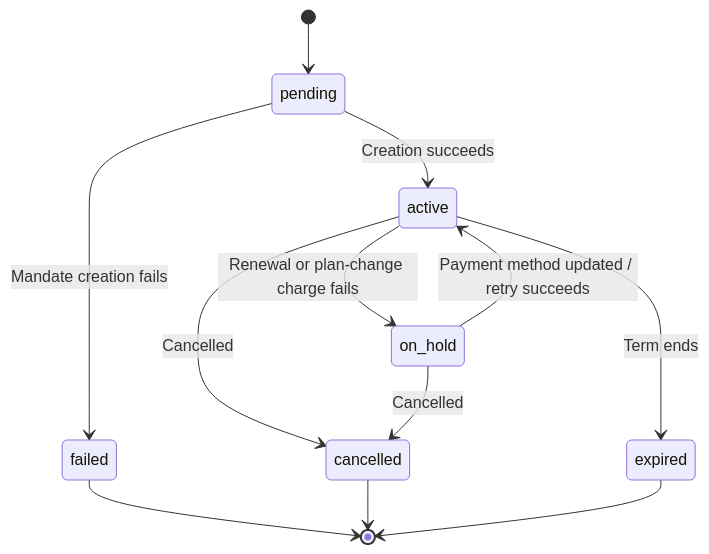
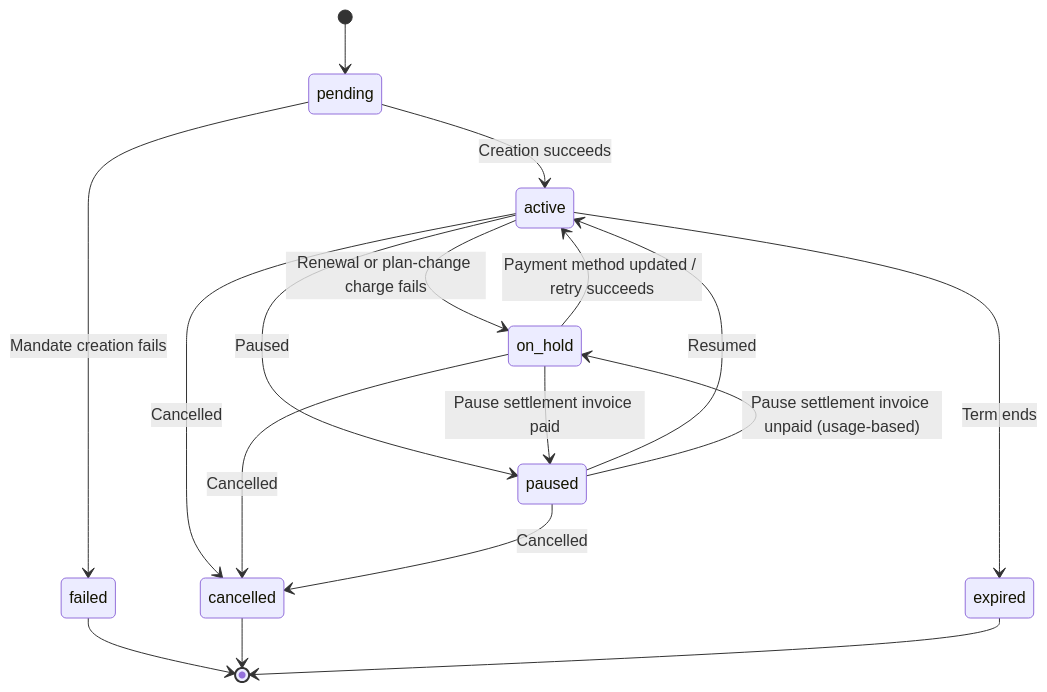
Before and after one commit to dodopayments/dodo-docs: the third of 3 diagrams in ar/features/subscription.mdx, drawn with Mermaid. The commit also changed other lines of this file and 660 other files, not shown here.

````diff
--- a/ar/features/subscription.mdx
+++ b/ar/features/subscription.mdx
@@ -437,14 +534,19 @@
 ```mermaid
 stateDiagram-v2
     [*] --> pending
     pending --> active: Creation succeeds
     pending --> failed: Mandate creation fails
     active --> on_hold: Renewal or plan-change charge fails
     on_hold --> active: Payment method updated / retry succeeds
+    active --> paused: Paused
+    paused --> active: Resumed
+    paused --> on_hold: Pause settlement invoice unpaid (usage-based)
+    on_hold --> paused: Pause settlement invoice paid
     active --> cancelled: Cancelled
     on_hold --> cancelled: Cancelled
+    paused --> cancelled: Cancelled
     active --> expired: Term ends
     failed --> [*]
     cancelled --> [*]
     expired --> [*]
 ```
````
